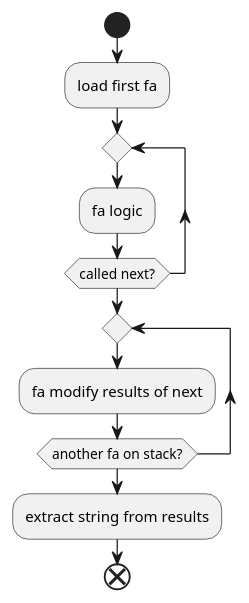
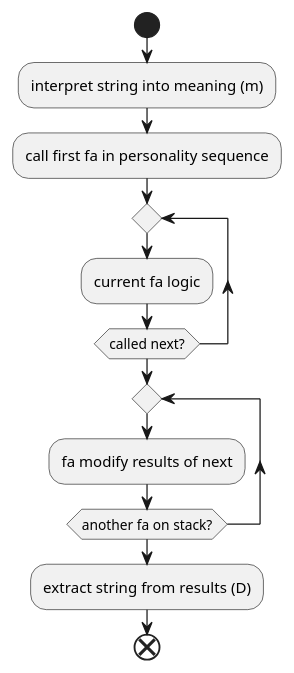
Before and after one commit to jappeace/methods-homework: the sixth of 8 diagrams in thesis/thesis.org, drawn with PlantUML. The commit also changed other lines of this file, not shown here.

Commit message:
explained function composition with a diagram

```diff
--- a/thesis/thesis.org
+++ b/thesis/thesis.org
@@ -1490,12 +1490,13 @@
 #+BEGIN_SRC plantuml :file img/uml/faprocessing.png :exports results
   start
-  :load first fa;
+  :interpret string into meaning (m);
+  :call first fa in personality sequence;
   repeat
-  :fa logic;
+  :current fa logic;
   repeat while (called next?)
   repeat
   :fa modify results of next;
   repeat while (another fa on stack?)
-  :extract string from results;
+  :extract string from results (D);
   end
 #+END_SRC
```
